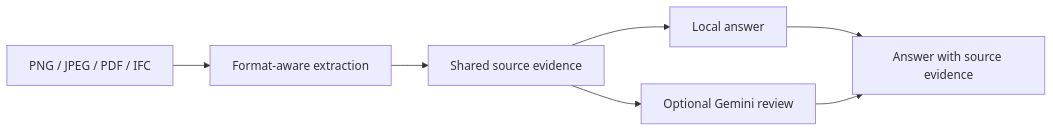
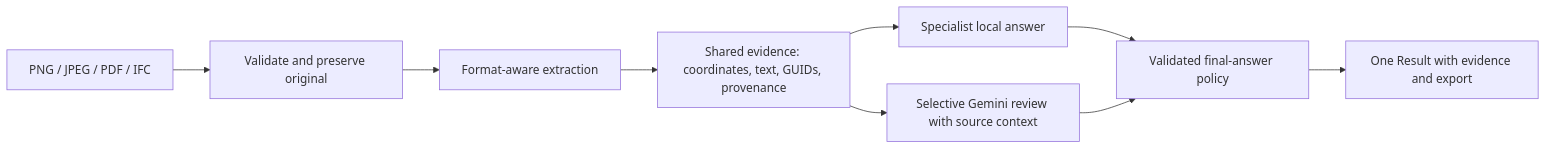
One commit to HariPrasanth-SM/floorhawk changed the first of 2 diagrams in README.md. Above: the diagram before and after it, drawn with Mermaid. The commit also changed other lines of this file and 10 other files, not shown here.

Commit message:
Deliver current architecture, reproducibility and fresh curated verification

````diff
--- a/README.md
+++ b/README.md
@@ -27,9 +23,11 @@
 ```mermaid
 flowchart LR
-  A[PNG / JPEG / PDF / IFC] --> B[Format-aware extraction]
-  B --> C[Shared source evidence]
-  C --> D[Local answer]
-  C --> E[Optional Gemini review]
-  D --> F[Answer with source evidence]
-  E --> F
+  I[PNG / JPEG / PDF / IFC] --> V[Validate and preserve original]
+  V --> E[Format-aware extraction]
+  E --> B[Shared evidence: coordinates, text, GUIDs, provenance]
+  B --> L[Specialist local answer]
+  B --> G[Selective Gemini review with source context]
+  L --> P[Validated final-answer policy]
+  G --> P
+  P --> R[One Result with evidence and export]
 ```
````
